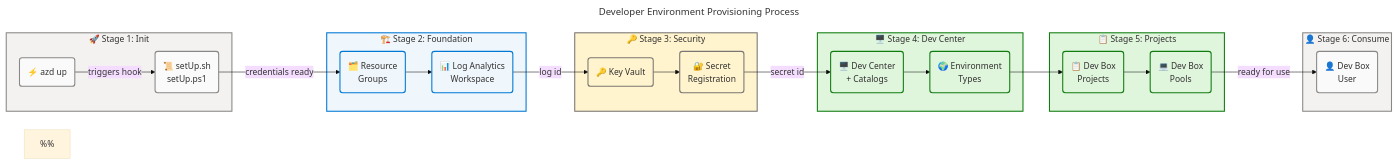
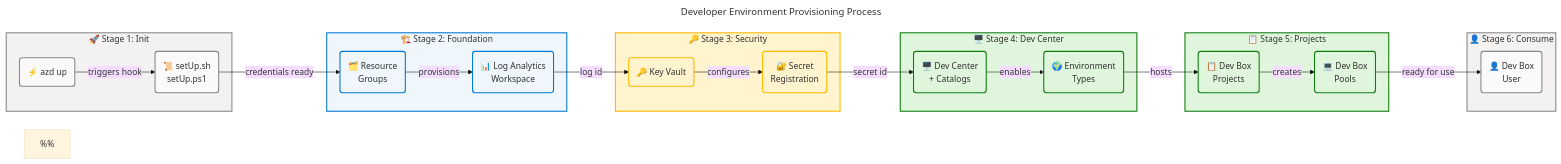
The third of 5 diagrams in docs/architecture/bus-arch.md (Evilazaro/DevExp-DevBox), drawn with Mermaid before and after one commit. The commit also changed other lines of this file and 3 other files, not shown here.

First line of the commit message:
Enhance architecture documentation with detailed descriptions and WCAG compliance

````diff
--- a/docs/architecture/bus-arch.md
+++ b/docs/architecture/bus-arch.md
@@ -550,79 +550,79 @@
 ```mermaid
 ---
 title: "Developer Environment Provisioning Process"
 config:
   theme: base
   look: classic
   layout: dagre
   themeVariables:
     fontSize: '16px'
   flowchart:
     htmlLabels: true
 ---
 flowchart LR
     accTitle: Developer Environment Provisioning Business Process
-    accDescr: Six-stage sequential provisioning flow from azd up command through credential setup, resource group creation, Log Analytics, Key Vault, Dev Center, projects and pools, to developer consumption.
+    accDescr: Six-stage sequential provisioning flow from azd up command through credential setup, resource group creation, Log Analytics, Key Vault, Dev Center, projects and pools, to developer consumption. Nodes: T1=neutral, T2=neutral, F1=core, F2=core, S1=warning, S2=warning, W1=success, W2=success, P1=success, P2=success, D1=neutral. WCAG AA compliant.
 
     %%
     %% AZURE / FLUENT ARCHITECTURE PATTERN v2.0
     %% (Semantic + Structural + Font + Accessibility Governance)
     %%
     %% PHASE 1 - FLUENT UI: All styling uses approved Fluent UI palette only
     %% PHASE 2 - GROUPS: Every subgraph has semantic color via style directive
     %% PHASE 3 - COMPONENTS: Every node has semantic classDef + icon prefix
     %% PHASE 4 - ACCESSIBILITY: accTitle/accDescr present, WCAG AA contrast
     %% PHASE 5 - STANDARD: Governance block present, classDefs centralized
     %%
 
     subgraph init["🚀 Stage 1: Init"]
         T1("⚡ azd up"):::neutral
         T2("📜 setUp.sh<br/>setUp.ps1"):::neutral
     end
 
     subgraph found["🏗️ Stage 2: Foundation"]
         F1("🗂️ Resource<br/>Groups"):::core
         F2("📊 Log Analytics<br/>Workspace"):::core
     end
 
     subgraph secu["🔑 Stage 3: Security"]
         S1("🔑 Key Vault"):::warning
         S2("🔐 Secret<br/>Registration"):::warning
     end
 
     subgraph wl["🖥️ Stage 4: Dev Center"]
         W1("🖥️ Dev Center<br/>+ Catalogs"):::success
         W2("🌍 Environment<br/>Types"):::success
     end
 
     subgraph proj["📋 Stage 5: Projects"]
         P1("📋 Dev Box<br/>Projects"):::success
         P2("💻 Dev Box<br/>Pools"):::success
     end
 
     subgraph consume["👤 Stage 6: Consume"]
         D1("👤 Dev Box<br/>User"):::neutral
     end
 
     T1 -->|triggers hook| T2
     T2 -->|credentials ready| F1
-    F1 --> F2
+    F1 -->|provisions| F2
     F2 -->|log id| S1
-    S1 --> S2
+    S1 -->|configures| S2
     S2 -->|secret id| W1
-    W1 --> W2
-    W2 --> P1
-    P1 --> P2
+    W1 -->|enables| W2
+    W2 -->|hosts| P1
+    P1 -->|creates| P2
     P2 -->|ready for use| D1
 
     classDef core fill:#EFF6FC,stroke:#0078D4,stroke-width:2px,color:#323130
     classDef success fill:#DFF6DD,stroke:#107C10,stroke-width:2px,color:#323130
     classDef neutral fill:#FAFAFA,stroke:#8A8886,stroke-width:2px,color:#323130
-    classDef warning fill:#FFF4CE,stroke:#797673,stroke-width:2px,color:#323130
+    classDef warning fill:#FFF4CE,stroke:#FFB900,stroke-width:2px,color:#323130
 
     style init fill:#F3F2F1,stroke:#8A8886,stroke-width:2px,color:#323130
     style found fill:#EFF6FC,stroke:#0078D4,stroke-width:2px,color:#323130
-    style secu fill:#FFF4CE,stroke:#797673,stroke-width:2px,color:#323130
+    style secu fill:#FFF4CE,stroke:#FFB900,stroke-width:2px,color:#323130
     style wl fill:#DFF6DD,stroke:#107C10,stroke-width:2px,color:#323130
     style proj fill:#DFF6DD,stroke:#107C10,stroke-width:2px,color:#323130
     style consume fill:#F3F2F1,stroke:#8A8886,stroke-width:2px,color:#323130
 ```
````
